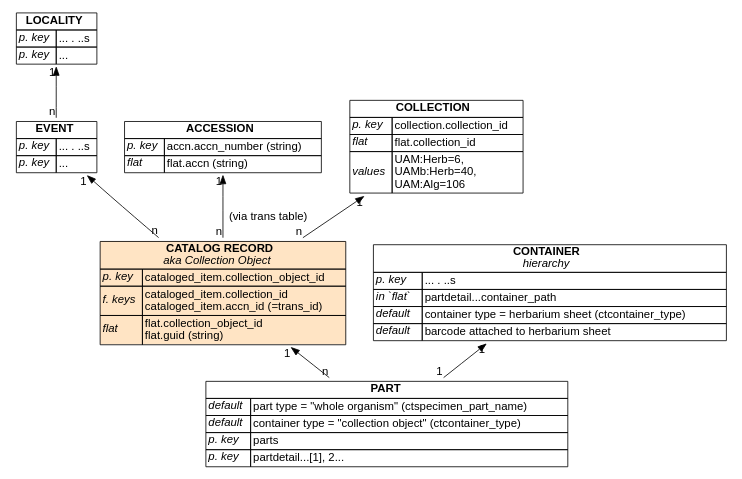
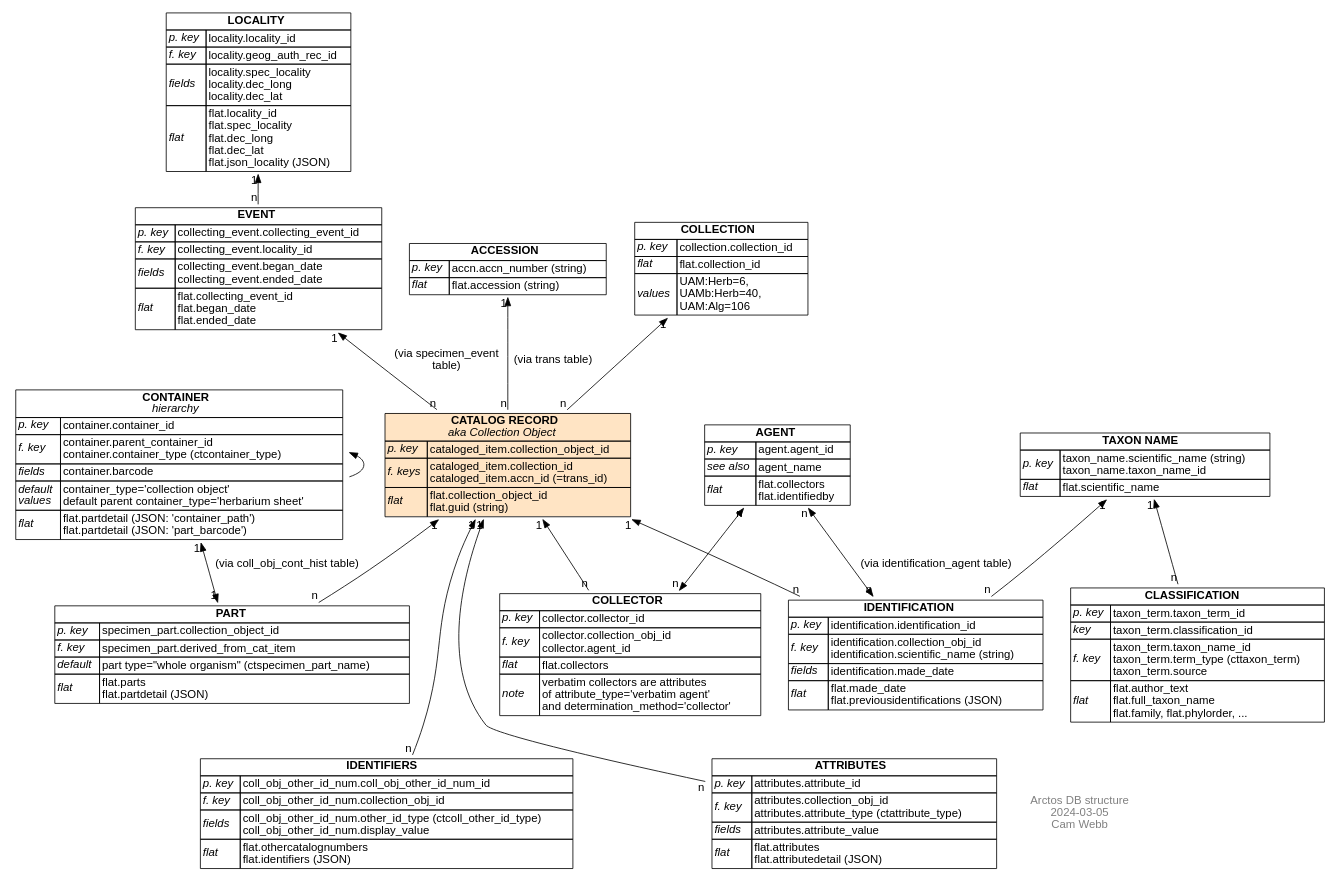
The diagram in img/data_model.dot (ALA-herbarium/documentation), drawn with Graphviz before and after one commit. The commit also changed 1 other file, not shown here.

```diff
--- a/img/data_model.dot
+++ b/img/data_model.dot
@@ -36,35 +36,66 @@
           label=<
           <TABLE  BORDER="0" CELLBORDER="1"  CELLSPACING="0">
           <TR><TD COLSPAN="2"><B>PART</B></TD></TR>
-          <TR><TD ALIGN="LEFT"><I>default</I></TD>
-          <TD ALIGN="LEFT" HREF="https://arctos.database.museum/info/ctDocumentation.cfm?table=ctspecimen_part_name">part type = "whole organism" (ctspecimen_part_name)</TD></TR>
-          <TR><TD ALIGN="LEFT"><I>default</I></TD><TD ALIGN="LEFT" HREF="https://arctos.database.museum/info/ctDocumentation.cfm?table=ctcontainer_type">container type = "collection object" (ctcontainer_type)</TD></TR>
-          <TR><TD ALIGN="LEFT"><I>p. key</I></TD><TD ALIGN="LEFT">parts</TD></TR>
-          <TR><TD ALIGN="LEFT"><I>p. key</I></TD><TD ALIGN="LEFT">partdetail...[1], 2...</TD></TR>
+          //
+          <TR>
+          <TD ALIGN="LEFT"><I>p. key</I></TD>
+          <TD ALIGN="LEFT">specimen_part.collection_object_id</TD>
+          </TR>
+          //
+          <TR>
+          <TD ALIGN="LEFT"><I>f. key</I></TD>
+          <TD ALIGN="LEFT">specimen_part.derived_from_cat_item</TD>
+          </TR>
+          //
+          <TR>
+          <TD ALIGN="LEFT"><I>default</I></TD>
+          <TD ALIGN="LEFT" HREF="https://arctos.database.museum/info/ctDocumentation.cfm?table=ctspecimen_part_name">part type="whole organism" (ctspecimen_part_name)</TD>
+          </TR>
+          //
+          <TR>
+          <TD ALIGN="LEFT"><I>flat</I></TD>
+          <TD BALIGN="LEFT" ALIGN="LEFT">flat.parts<BR/>flat.partdetail (JSON)</TD>
+          </TR>
           </TABLE>>
           //href="https://github.com/ALA-herbarium/documentation/blob/main/data_model.md#collection-object"
           ]
     part -> record [taillabel="n",headlabel="1"]
-    part -> parts [taillabel="1",headlabel="1"]
+    part -> container [dir=both,taillabel="1",headlabel="1",label="(via coll_obj_cont_hist table)",href="https://arctos.database.museum/tblbrowse.cfm?tbl=coll_obj_cont_hist"]
+    container -> container
     //
-    // PARTS
+    // CONTAINER
     //
-    parts [
+    container [
           label=<
           <TABLE  BORDER="0" CELLBORDER="1"  CELLSPACING="0">
           //
           <TR><TD COLSPAN="2"><B>CONTAINER</B><BR/><I>hierarchy</I></TD></TR>
           //
-          <TR><TD ALIGN="LEFT"><I>p. key</I></TD>
-          <TD ALIGN="LEFT">... . ..s</TD></TR>
+          <TR>
+          <TD ALIGN="LEFT"><I>p. key</I></TD>
+          <TD ALIGN="LEFT">container.container_id</TD>
+          </TR>
           //
-          <TR><TD ALIGN="LEFT"><I>in `flat`</I></TD>
-          <TD ALIGN="LEFT">partdetail...container_path</TD></TR>
+          <TR>
+          <TD ALIGN="LEFT"><I>f. key</I></TD>
+          <TD BALIGN="LEFT" ALIGN="LEFT">container.parent_container_id<BR/>container.container_type (ctcontainer_type)</TD>
+          </TR>
           //
-          <TR><TD ALIGN="LEFT"><I>default</I></TD>
-          <TD ALIGN="LEFT" HREF="https://arctos.database.museum/info/ctDocumentation.cfm?table=ct...">container type = herbarium sheet (ctcontainer_type)</TD></TR>
-          <TR><TD ALIGN="LEFT"><I>default</I></TD>
-          <TD ALIGN="LEFT">barcode attached to herbarium sheet</TD></TR>
+          <TR>
+          <TD ALIGN="LEFT"><I>fields</I></TD>
+          <TD ALIGN="LEFT">container.barcode</TD>
+          </TR>
+          //
+          <TR>
+          <TD BALIGN="LEFT" ALIGN="LEFT"><I>default<BR/>values</I></TD>
+          <TD ALIGN="LEFT" BALIGN="LEFT">container_type='collection object'<BR/>default parent container_type='herbarium sheet'</TD>
+          </TR>
+          //
+          <TR>
+          <TD ALIGN="LEFT"><I>flat</I></TD>
+          <TD BALIGN="LEFT" ALIGN="LEFT">flat.partdetail (JSON: 'container_path')<BR/>flat.partdetail (JSON: 'part_barcode')</TD>
+          </TR>
+          //
           </TABLE>>
           ]
     //
@@ -77,14 +108,22 @@
           <TR><TD COLSPAN="2"><B>EVENT</B></TD></TR>
           //
           <TR><TD ALIGN="LEFT"><I>p. key</I></TD>
-          <TD ALIGN="LEFT">... . ..s</TD></TR>
+          <TD ALIGN="LEFT" HREF="https://arctos.database.museum/tblbrowse.cfm?tbl=collecting_event">collecting_event.collecting_event_id</TD></TR>
           //
-          <TR><TD ALIGN="LEFT"><I>p. key</I></TD>
-          <TD ALIGN="LEFT">...</TD></TR>
+          <TR><TD ALIGN="LEFT"><I>f. key</I></TD>
+          <TD ALIGN="LEFT" HREF="https://arctos.database.museum/tblbrowse.cfm?tbl=collecting_event">collecting_event.locality_id</TD></TR>
+          //
+          <TR><TD ALIGN="LEFT"><I>fields</I></TD>
+          <TD ALIGN="LEFT" HREF="https://arctos.database.museum/tblbrowse.cfm?tbl=collecting_event" BALIGN="LEFT">collecting_event.began_date<BR/>collecting_event.ended_date</TD></TR>
+          //
+          <TR><TD ALIGN="LEFT"><I>flat</I></TD>
+          <TD ALIGN="LEFT" HREF="https://arctos.database.museum/tblbrowse.cfm?tbl=flat" BALIGN="LEFT">flat.collecting_event_id<BR/>flat.began_date<BR/>flat.ended_date</TD></TR>
           //
           </TABLE>>
           ]
-    record -> event [taillabel="n",headlabel="1"]
+    record -> event [taillabel="n",headlabel="1",
+                     label="(via specimen_event\ntable)",
+                     href="https://arctos.database.museum/tblbrowse.cfm?tbl=specimen_event"]
     //
     // LOCALITY
     //
@@ -95,10 +134,16 @@
           <TR><TD COLSPAN="2"><B>LOCALITY</B></TD></TR>
           //
           <TR><TD ALIGN="LEFT"><I>p. key</I></TD>
-          <TD ALIGN="LEFT">... . ..s</TD></TR>
+          <TD ALIGN="LEFT">locality.locality_id</TD></TR>
           //
-          <TR><TD ALIGN="LEFT"><I>p. key</I></TD>
-          <TD ALIGN="LEFT">...</TD></TR>
+          <TR><TD ALIGN="LEFT"><I>f. key</I></TD>
+          <TD ALIGN="LEFT">locality.geog_auth_rec_id</TD></TR>
+          //
+          <TR><TD ALIGN="LEFT"><I>fields</I></TD>
+          <TD ALIGN="LEFT" BALIGN="LEFT">locality.spec_locality<BR/>locality.dec_long<BR/>locality.dec_lat</TD></TR>
+          //
+          <TR><TD ALIGN="LEFT"><I>flat</I></TD>
+          <TD ALIGN="LEFT" BALIGN="LEFT">flat.locality_id<BR/>flat.spec_locality<BR/>flat.dec_long<BR/>flat.dec_lat<BR/>flat.json_locality (JSON)</TD></TR>
           //
           </TABLE>>
           ]
@@ -113,12 +158,15 @@
           <TR><TD COLSPAN="2"><B>ACCESSION</B></TD></TR>
           //
           <TR><TD ALIGN="LEFT"><I>p. key</I></TD>
-          <TD ALIGN="LEFT">accn.accn_number (string)</TD></TR>
+          <TD ALIGN="LEFT" HREF="https://arctos.database.museum/tblbrowse.cfm?tbl=accn">accn.accn_number (string)</TD></TR>
           <TR><TD ALIGN="LEFT"><I>flat</I></TD>
-          <TD ALIGN="LEFT">flat.accn (string)</TD></TR>
+          <TD ALIGN="LEFT" HREF="https://arctos.database.museum/tblbrowse.cfm?tbl=flat">flat.accession (string)</TD></TR>
           </TABLE>>
           ]
-    record -> accn [taillabel="n",headlabel="1",label="(via trans table)"]
+    record -> accn [taillabel="n",headlabel="1",
+                    label="(via trans table)",
+                    href="https://arctos.database.museum/tblbrowse.cfm?tbl=trans"
+                    ]
     //
     // COLLECTION
     //
@@ -137,7 +185,7 @@
           //
           <TR>
           <TD ALIGN="LEFT"><I>flat</I></TD>
-          <TD ALIGN="LEFT" HREF="https://arctos.database.museum/tblbrowse.cfm?tbl=collection">flat.collection_id</TD>
+          <TD ALIGN="LEFT" HREF="https://arctos.database.museum/tblbrowse.cfm?tbl=flat">flat.collection_id</TD>
           </TR>
           //
           <TR><TD ALIGN="LEFT"><I>values</I></TD>
@@ -145,22 +193,241 @@
           </TABLE>>
           ]
     record -> collection [taillabel="n",headlabel="1"]
+    //
+    // IDENTIFIERS
+    //
+    ids [
+          label=<
+          <TABLE  BORDER="0" CELLBORDER="1"  CELLSPACING="0">
+          //
+          <TR>
+          <TD COLSPAN="2"><B>IDENTIFIERS</B></TD>
+          </TR>
+          //
+          <TR>
+          <TD ALIGN="LEFT"><I>p. key</I></TD>
+          <TD ALIGN="LEFT" HREF="https://arctos.database.museum/tblbrowse.cfm?tbl=coll_obj_other_id_num">coll_obj_other_id_num.coll_obj_other_id_num_id</TD>
+          </TR>
+          //
+          <TR>
+          <TD ALIGN="LEFT"><I>f. key</I></TD>
+          <TD ALIGN="LEFT" HREF="https://arctos.database.museum/tblbrowse.cfm?tbl=coll_obj_other_id_num">coll_obj_other_id_num.collection_obj_id</TD>
+          </TR>
+          //
+          <TR>
+          <TD ALIGN="LEFT"><I>fields</I></TD>
+          <TD ALIGN="LEFT" HREF="https://arctos.database.museum/tblbrowse.cfm?tbl=coll_obj_other_id_num" BALIGN="LEFT">coll_obj_other_id_num.other_id_type (ctcoll_other_id_type)<BR/>coll_obj_other_id_num.display_value</TD>
+          </TR>
+          //
+          <TR>
+          <TD ALIGN="LEFT"><I>flat</I></TD>
+          <TD ALIGN="LEFT" BALIGN="LEFT" HREF="https://arctos.database.museum/tblbrowse.cfm?tbl=flat">flat.othercatalognumbers<BR/>flat.identifiers (JSON)</TD>
+          </TR>
+          //
+          </TABLE>>
+          ]
+    ids -> record [taillabel="n",headlabel="1"]
+    ids -> part [style=invis] //dummy
+    //
+    // DET
+    //
+    det [
+          label=<
+          <TABLE  BORDER="0" CELLBORDER="1"  CELLSPACING="0">
+          //
+          <TR>
+          <TD COLSPAN="2"><B>IDENTIFICATION</B></TD>
+          </TR>
+          //
+          <TR>
+          <TD ALIGN="LEFT"><I>p. key</I></TD>
+          <TD ALIGN="LEFT" HREF="https://arctos.database.museum/tblbrowse.cfm?tbl=identification">identification.identification_id</TD>
+          </TR>
+          //
+          <TR>
+          <TD ALIGN="LEFT"><I>f. key</I></TD>
+          <TD ALIGN="LEFT" BALIGN="LEFT" HREF="https://arctos.database.museum/tblbrowse.cfm?tbl=identification">identification.collection_obj_id<BR/>identification.scientific_name (string)</TD>
+          </TR>
+          //
+          <TR>
+          <TD ALIGN="LEFT"><I>fields</I></TD>
+          <TD ALIGN="LEFT" HREF="https://arctos.database.museum/tblbrowse.cfm?tbl=identification" BALIGN="LEFT">identification.made_date</TD>
+          </TR>
+          //
+          <TR>
+          <TD ALIGN="LEFT"><I>flat</I></TD>
+          <TD ALIGN="LEFT" BALIGN="LEFT" HREF="https://arctos.database.museum/tblbrowse.cfm?tbl=flat">flat.made_date<BR/>flat.previousidentifications (JSON)</TD>
+          </TR>
+          //
+          </TABLE>>
+          ]
+    det -> record [taillabel="n",headlabel="1"]
+    //
+    // AGENT
+    //
+    agent [
+          label=<
+          <TABLE  BORDER="0" CELLBORDER="1"  CELLSPACING="0">
+          //
+          <TR>
+          <TD COLSPAN="2"><B>AGENT</B></TD>
+          </TR>
+          //
+          <TR>
+          <TD ALIGN="LEFT"><I>p. key</I></TD>
+          <TD ALIGN="LEFT" HREF="https://arctos.database.museum/tblbrowse.cfm?tbl=agent">agent.agent_id</TD>
+          </TR>
+          //
+          <TR>
+          <TD ALIGN="LEFT"><I>see also</I></TD>
+          <TD ALIGN="LEFT" BALIGN="LEFT" HREF="https://arctos.database.museum/tblbrowse.cfm?tbl=agent_name">agent_name</TD>
+          </TR>
+          //
+          <TR>
+          <TD ALIGN="LEFT"><I>flat</I></TD>
+          <TD ALIGN="LEFT" BALIGN="LEFT" HREF="https://arctos.database.museum/tblbrowse.cfm?tbl=flat">flat.collectors<BR/>flat.identifiedby</TD>
+          </TR>
+          //
+          </TABLE>>
+          ]
+    det -> agent [taillabel="n",headlabel="n", dir=both,
+                  label="(via identification_agent table)",
+                  href="https://arctos.database.museum/tblbrowse.cfm?tbl=identification_agent"
+                  ]
+    //
+    // TAXON NAME
+    //
+    name [
+          label=<
+          <TABLE  BORDER="0" CELLBORDER="1"  CELLSPACING="0">
+          //
+          <TR>
+          <TD COLSPAN="2"><B>TAXON NAME</B></TD>
+          </TR>
+          //
+          <TR>
+          <TD ALIGN="LEFT"><I>p. key</I></TD>
+          <TD ALIGN="LEFT" BALIGN="LEFT" HREF="https://arctos.database.museum/tblbrowse.cfm?tbl=taxon_name">taxon_name.scientific_name (string)<BR/>taxon_name.taxon_name_id</TD>
+          </TR>
+          //
+          <TR>
+          <TD ALIGN="LEFT"><I>flat</I></TD>
+          <TD ALIGN="LEFT" BALIGN="LEFT" HREF="https://arctos.database.museum/tblbrowse.cfm?tbl=flat">flat.scientific_name</TD>
+          </TR>
+          //
+          </TABLE>>
+          ]
+    det -> name [taillabel="n",headlabel="1"]
+    //
+    // CLASSIFICATION
+    //
+    class [
+          label=<
+          <TABLE  BORDER="0" CELLBORDER="1"  CELLSPACING="0">
+          //
+          <TR>
+          <TD COLSPAN="2"><B>CLASSIFICATION</B></TD>
+          </TR>
+          //
+          <TR>
+          <TD ALIGN="LEFT"><I>p. key</I></TD>
+          <TD ALIGN="LEFT" HREF="https://arctos.database.museum/tblbrowse.cfm?tbl=taxon_term">taxon_term.taxon_term_id</TD>
+          </TR>
+          //
+          <TR>
+          <TD ALIGN="LEFT"><I>key</I></TD>
+          <TD ALIGN="LEFT" HREF="https://arctos.database.museum/tblbrowse.cfm?tbl=taxon_term">taxon_term.classification_id</TD>
+          </TR>
+          //
+          <TR>
+          <TD ALIGN="LEFT"><I>f. key</I></TD>
+          <TD ALIGN="LEFT" BALIGN="LEFT" HREF="https://arctos.database.museum/tblbrowse.cfm?tbl=taxon_term">taxon_term.taxon_name_id<BR/>taxon_term.term_type (cttaxon_term)<BR/>taxon_term.source</TD>
+          </TR>
+          //
+          <TR>
+          <TD ALIGN="LEFT"><I>flat</I></TD>
+          <TD ALIGN="LEFT" BALIGN="LEFT" HREF="https://arctos.database.museum/tblbrowse.cfm?tbl=flat">flat.author_text<BR/>flat.full_taxon_name<BR/>flat.family, flat.phylorder, ...</TD>
+          </TR>
+          //
+          </TABLE>>
+          ]
+    class -> name [taillabel="n",headlabel="1"]
+    //
+    // ATTRIBUTES
+    //
+    attr [
+          label=<
+          <TABLE  BORDER="0" CELLBORDER="1"  CELLSPACING="0">
+          //
+          <TR>
+          <TD COLSPAN="2"><B>ATTRIBUTES</B></TD>
+          </TR>
+          //
+          <TR>
+          <TD ALIGN="LEFT"><I>p. key</I></TD>
+          <TD ALIGN="LEFT" HREF="https://arctos.database.museum/tblbrowse.cfm?tbl=attributes">attributes.attribute_id</TD>
+          </TR>
+          //
+          <TR>
+          <TD ALIGN="LEFT"><I>f. key</I></TD>
+          <TD ALIGN="LEFT" BALIGN="LEFT" HREF="https://arctos.database.museum/tblbrowse.cfm?tbl=attributes">attributes.collection_obj_id<BR/>attributes.attribute_type (ctattribute_type)</TD>
+          </TR>
+          //
+          <TR>
+          <TD ALIGN="LEFT"><I>fields</I></TD>
+          <TD ALIGN="LEFT" BALIGN="LEFT" HREF="https://arctos.database.museum/tblbrowse.cfm?tbl=attributes">attributes.attribute_value</TD>
+          </TR>
+          //
+          <TR>
+          <TD ALIGN="LEFT"><I>flat</I></TD>
+          <TD ALIGN="LEFT" BALIGN="LEFT" HREF="https://arctos.database.museum/tblbrowse.cfm?tbl=flat">flat.attributes<BR/>flat.attributedetail (JSON)</TD>
+          </TR>
+          //
+          </TABLE>>
+          ]
+    attr -> record [taillabel="n",headlabel="1"]
+    attr -> det [style=invis] //dummy
+    //
+    // COLLECTOR
+    //
+    collector [
+          label=<
+          <TABLE  BORDER="0" CELLBORDER="1"  CELLSPACING="0">
+          //
+          <TR>
+          <TD COLSPAN="2"><B>COLLECTOR</B></TD>
+          </TR>
+          //
+          <TR>
+          <TD ALIGN="LEFT"><I>p. key</I></TD>
+          <TD ALIGN="LEFT" HREF="https://arctos.database.museum/tblbrowse.cfm?tbl=collector">collector.collector_id</TD>
+          </TR>
+          //
+          <TR>
+          <TD ALIGN="LEFT"><I>f. key</I></TD>
+          <TD ALIGN="LEFT" BALIGN="LEFT" HREF="https://arctos.database.museum/tblbrowse.cfm?tbl=collector">collector.collection_obj_id<BR/>collector.agent_id</TD>
+          </TR>
+          //
+          <TR>
+          <TD ALIGN="LEFT"><I>flat</I></TD>
+          <TD ALIGN="LEFT" BALIGN="LEFT" HREF="https://arctos.database.museum/tblbrowse.cfm?tbl=flat">flat.collectors</TD>
+          </TR>
+          //
+          <TR>
+          <TD ALIGN="LEFT"><I>note</I></TD>
+          <TD ALIGN="LEFT" BALIGN="LEFT" HREF="https://arctos.database.museum/tblbrowse.cfm?tbl=attributes">verbatim collectors are attributes<BR/>of attribute_type='verbatim agent'<BR/>and determination_method='collector'</TD>
+          </TR>
+          //
+          </TABLE>>
+          ]
+    collector -> record [taillabel="n",headlabel="1"]
+    collector -> agent [taillabel="n",headlabel="n",dir=both]
+    //collector -> class [style=invis] //dummy
+    //
+    notes [label="Arctos DB structure\n2024-03-05\nCam Webb",fontcolor=gray,color=gray]
 }
 
-    // TEMPLATE
-    // node [shape=plaintext,
-    //       label=<
-    //       <TABLE  BORDER="0" CELLBORDER="1"  CELLSPACING="0">
-    //       //
-    //       <TR><TD COLSPAN="2"><B>...</B></TD></TR>
-    //       //
-    //       <TR><TD ALIGN="LEFT"><I>p. key</I></TD>
-    //       <TD ALIGN="LEFT">... . ..s</TD></TR>
-    //       //
-    //       <TR><TD ALIGN="LEFT"><I>p. key</I></TD>
-    //       <TD ALIGN="LEFT">...</TD></TR>
-    //       //
-    //       <TR><TD ALIGN="LEFT"><I>default</I></TD>
-    //       <TD ALIGN="LEFT" HREF="https://arctos.database.museum/info/ctDocumentation.cfm?table=ct...">... (ct...)</TD></TR>
-    //       </TABLE>>
-    //       ]
+// SELECT * from specimen_part, coll_obj_cont_hist, container where
+// derived_from_cat_item = 2651083 and
+// specimen_part.collection_object_id = coll_obj_cont_hist.collection_object_id and coll_obj_cont_hist.container_id = container.container_id
+// [{"part_id": 2651084, "condition": "unchecked", "part_name": "whole organism", "part_count": 1, "disposition": "in collection", "part_remark": null, "part_barcode": "H1131636", "container_path": "[ H1284485 ] Monocots Cabinet 21 (cabinet):[ H1284496 ] Shelf 11 (shelf):[ H1131628 ] Carex lachenalii (folder):[ H1131636 ] Carex lachenalii (herbarium sheet)", "part_attributes": null, "sampled_from_part_id": null}]
```
